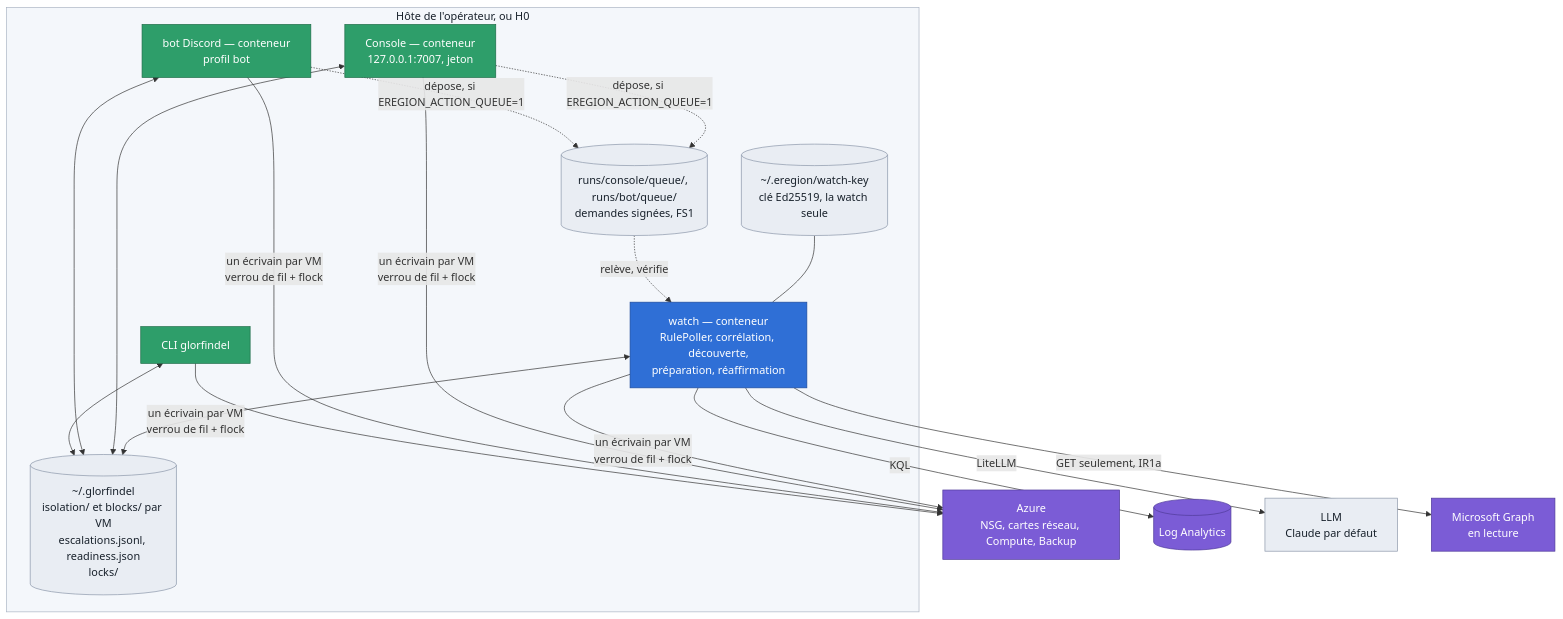
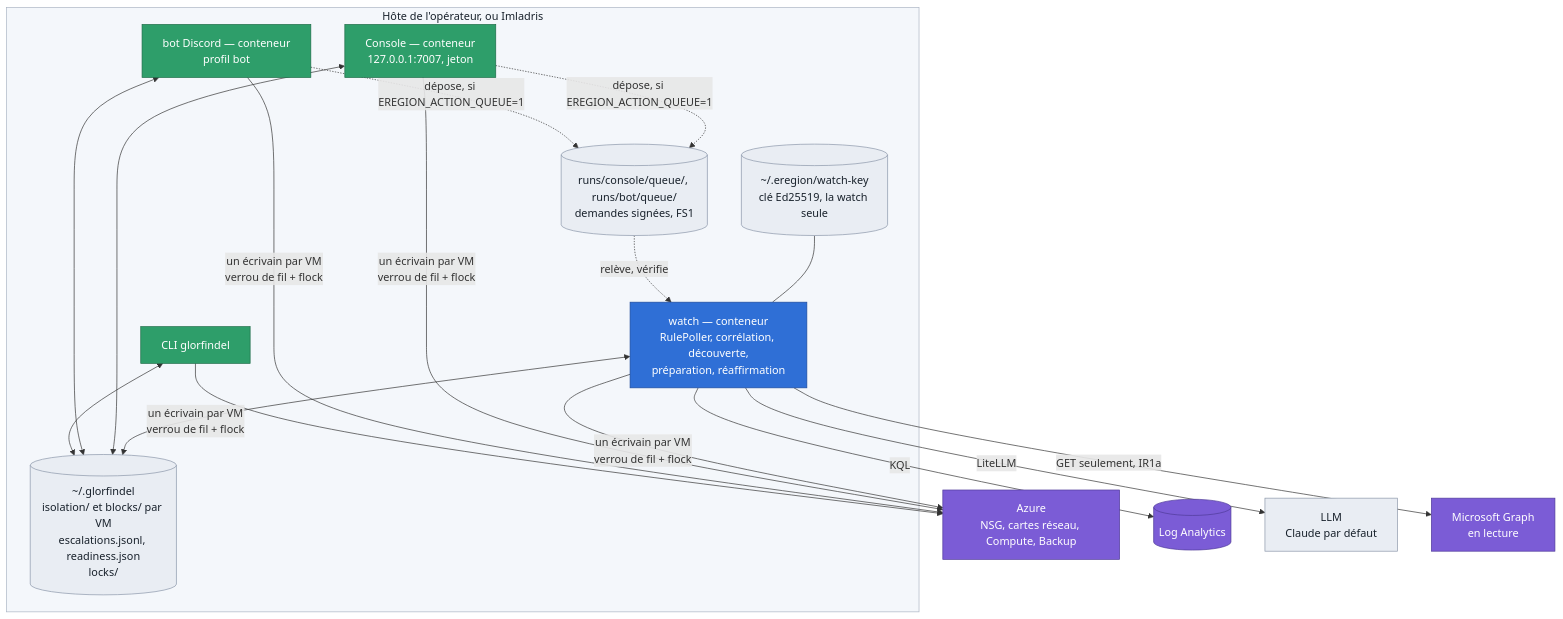
The second of 8 diagrams in docs/architecture.md (grootcyber/eregion), drawn with Mermaid before and after one commit. The commit also changed other lines of this file and 38 other files, not shown here.

````diff
--- a/docs/architecture.md
+++ b/docs/architecture.md
@@ -76,33 +76,33 @@
 ```mermaid
 flowchart TB
-    subgraph Host["Hôte de l'opérateur, ou H0"]
+    subgraph Host["Hôte de l'opérateur, ou Imladris"]
         W["watch — conteneur<br/>RulePoller, corrélation, découverte,<br/>préparation, réaffirmation"]
         WR["Console — conteneur<br/>127.0.0.1:7007, jeton"]
         BOT["bot Discord — conteneur<br/>profil bot"]
         CLI["CLI glorfindel"]
         S[("~/.glorfindel<br/>isolation/ et blocks/ par VM<br/>escalations.jsonl, readiness.json<br/>locks/")]
         K[("~/.eregion/watch-key<br/>clé Ed25519, la watch seule")]
         Q[("runs/console/queue/, runs/bot/queue/<br/>demandes signées, FS1")]
     end
     W <--> S
     WR <--> S
     BOT <--> S
     CLI <--> S
     K --- W
     WR -. "dépose, si EREGION_ACTION_QUEUE=1" .-> Q
     BOT -. "dépose, si EREGION_ACTION_QUEUE=1" .-> Q
     Q -. "relève, vérifie" .-> W
     W & WR & BOT & CLI -->|"un écrivain par VM<br/>verrou de fil + flock"| AZ["Azure<br/>NSG, cartes réseau, Compute, Backup"]
     W -->|"KQL"| LAW[("Log Analytics")]
     W -->|"LiteLLM"| LLM["LLM<br/>Claude par défaut"]
     W -->|"GET seulement, IR1a"| GR["Microsoft Graph<br/>en lecture"]
     classDef blue fill:#2f6fd6,stroke:#1d4a9a,color:#ffffff
     classDef human fill:#2e9e6a,stroke:#1d6b47,color:#ffffff
     classDef data fill:#e9edf3,stroke:#8a96a8,color:#18212b
     classDef azure fill:#7b5cd6,stroke:#4f3a99,color:#ffffff
     class W blue
     class WR,BOT,CLI human
     class S,K,Q,LLM data
     class AZ,LAW,GR azure
     style Host fill:#f4f7fb,stroke:#aab4c3,color:#18212b
 ```
````
